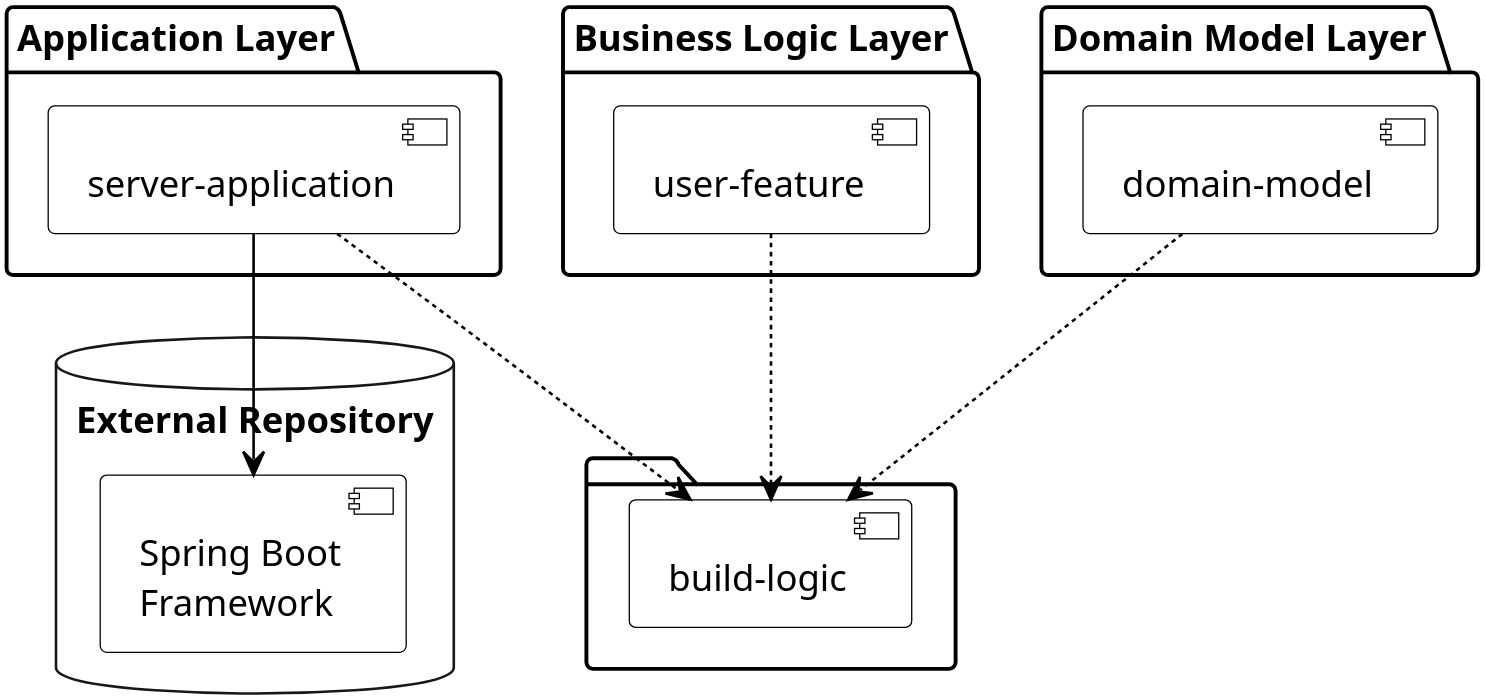
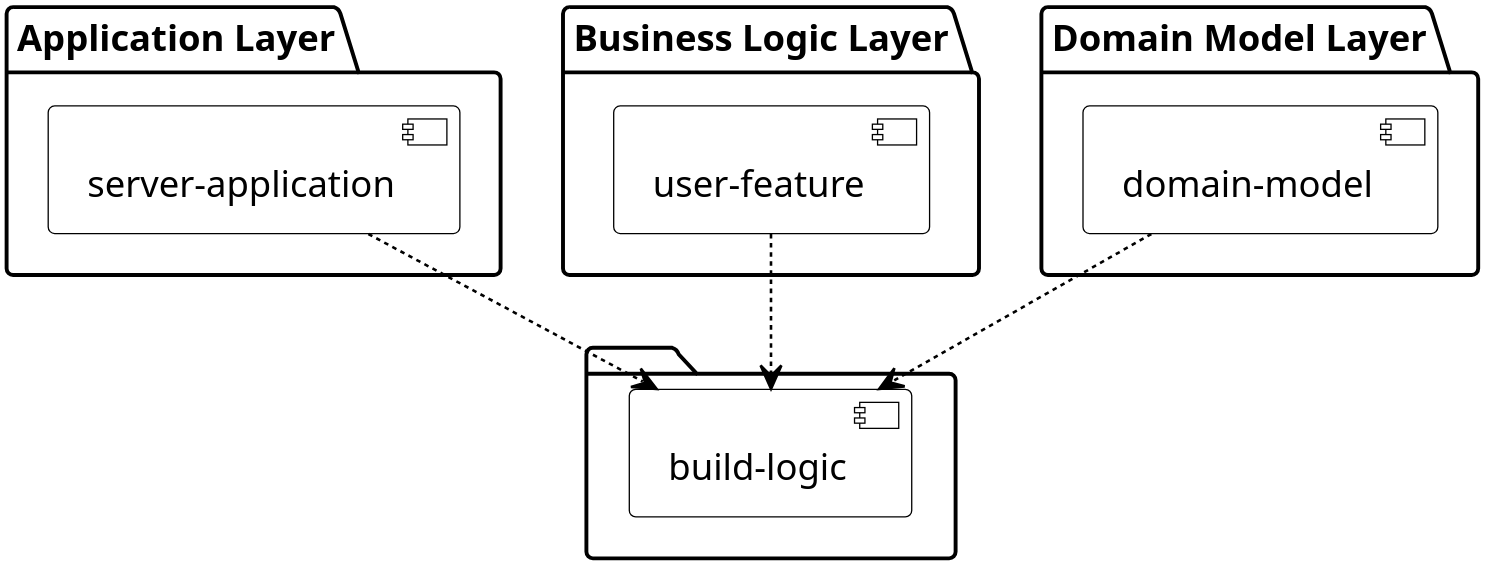
One commit to jjohannes/joker-conf-2020 changed the first of 3 diagrams in src/docs/asciidoc/chapters/build-logic.adoc. Above: the diagram before and after it, drawn with PlantUML. The commit also changed 3 other files, not shown here.

```diff
--- a/src/docs/asciidoc/chapters/build-logic.adoc
+++ b/src/docs/asciidoc/chapters/build-logic.adoc
@@ -6,36 +6,30 @@
 [plantuml, arch-component-10, png, width=540, height=0%]
 ....
 scale 2400 width
 skinparam monochrome true
 skinparam component {
     BackgroundColor white
     BorderColor Black
 	ArrowColor Black
-}
-
-database "External Repository" {
-  [Spring Boot\nFramework] as SpringBoot
 }
 
 package "Application Layer" {
   [server-application]
 }
 
 package "Business Logic Layer" {
   [user-feature]
 }
 
 package "Domain Model Layer" {
   [domain-model]
 }
 
-[server-application] -down-> [SpringBoot]
-
 folder {
    [build-logic]
 }
 
 [server-application] ..> [build-logic]
 [user-feature] ..> [build-logic]
 [domain-model] ..> [build-logic]
 ....
```
